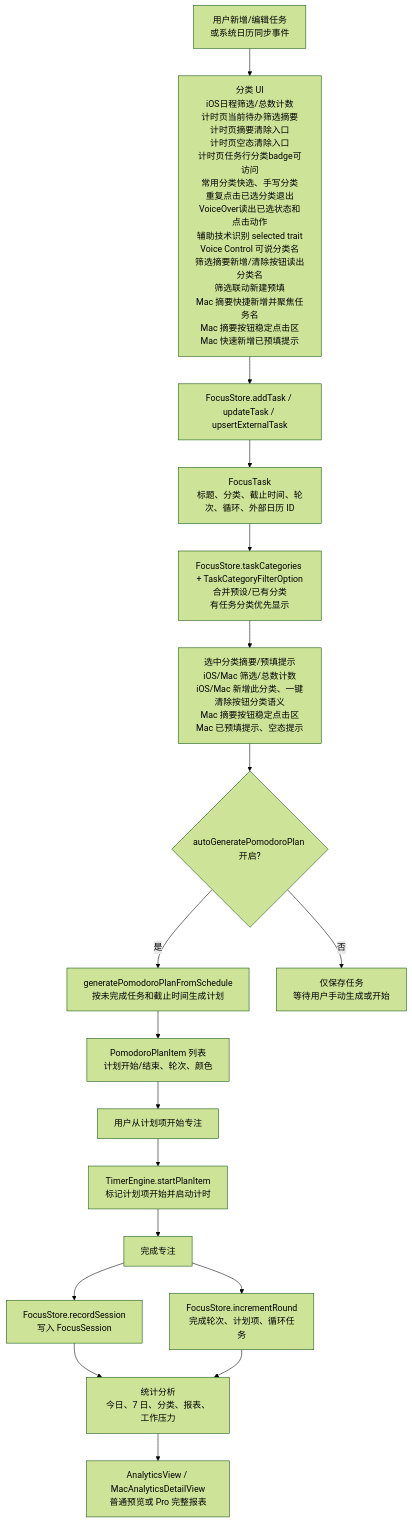
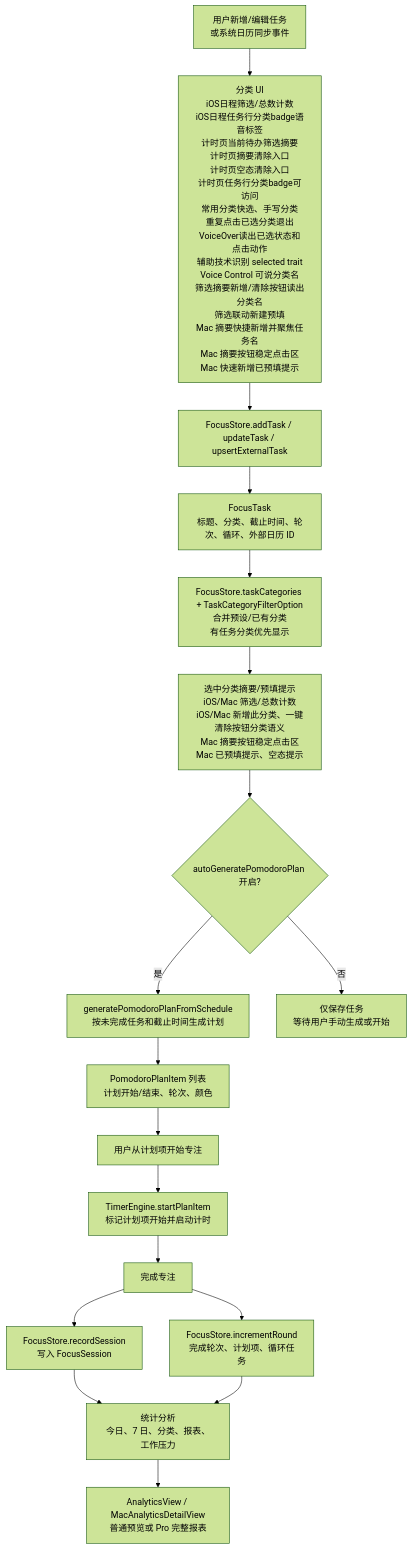
One commit to Altman-sam114/114 changed the third of 6 diagrams in md/flow/flowchart.md. Above: the diagram before and after it, drawn with Mermaid (forest theme). The commit also changed other lines of this file and 7 other files, not shown here.

````diff
--- a/md/flow/flowchart.md
+++ b/md/flow/flowchart.md
@@ -63,20 +63,20 @@
 ```mermaid
 flowchart TD
-  A["用户新增/编辑任务<br/>或系统日历同步事件"] --> P0["分类 UI<br/>iOS日程筛选/总数计数<br/>计时页当前待办筛选摘要<br/>计时页摘要清除入口<br/>计时页空态清除入口<br/>计时页任务行分类badge可访问<br/>常用分类快选、手写分类<br/>重复点击已选分类退出<br/>VoiceOver读出已选状态和点击动作<br/>辅助技术识别 selected trait<br/>Voice Control 可说分类名<br/>筛选摘要新增/清除按钮读出分类名<br/>筛选联动新建预填<br/>Mac 摘要快捷新增并聚焦任务名<br/>Mac 摘要按钮稳定点击区<br/>Mac 快速新增已预填提示"]
+  A["用户新增/编辑任务<br/>或系统日历同步事件"] --> P0["分类 UI<br/>iOS日程筛选/总数计数<br/>iOS日程任务行分类badge语音标签<br/>计时页当前待办筛选摘要<br/>计时页摘要清除入口<br/>计时页空态清除入口<br/>计时页任务行分类badge可访问<br/>常用分类快选、手写分类<br/>重复点击已选分类退出<br/>VoiceOver读出已选状态和点击动作<br/>辅助技术识别 selected trait<br/>Voice Control 可说分类名<br/>筛选摘要新增/清除按钮读出分类名<br/>筛选联动新建预填<br/>Mac 摘要快捷新增并聚焦任务名<br/>Mac 摘要按钮稳定点击区<br/>Mac 快速新增已预填提示"]
   P0 --> B["FocusStore.addTask / updateTask / upsertExternalTask"]
   B --> C["FocusTask<br/>标题、分类、截止时间、轮次、循环、外部日历 ID"]
   C --> C2["FocusStore.taskCategories + TaskCategoryFilterOption<br/>合并预设/已有分类<br/>有任务分类优先显示"]
   C2 --> C3["选中分类摘要/预填提示<br/>iOS/Mac 筛选/总数计数<br/>iOS/Mac 新增此分类、一键清除按钮分类语义<br/>Mac 摘要按钮稳定点击区<br/>Mac 已预填提示、空态提示"]
   C3 --> D{"autoGeneratePomodoroPlan 开启?"}
   D -->|是| E["generatePomodoroPlanFromSchedule<br/>按未完成任务和截止时间生成计划"]
   D -->|否| F["仅保存任务<br/>等待用户手动生成或开始"]
   E --> G["PomodoroPlanItem 列表<br/>计划开始/结束、轮次、颜色"]
   G --> H["用户从计划项开始专注"]
   H --> I["TimerEngine.startPlanItem<br/>标记计划项开始并启动计时"]
   I --> J["完成专注"]
   J --> K["FocusStore.incrementRound<br/>完成轮次、计划项、循环任务"]
   J --> L["FocusStore.recordSession<br/>写入 FocusSession"]
   L --> M["统计分析<br/>今日、7 日、分类、报表、工作压力"]
   K --> M
   M --> N["AnalyticsView / MacAnalyticsDetailView<br/>普通预览或 Pro 完整报表"]
 ```
````
